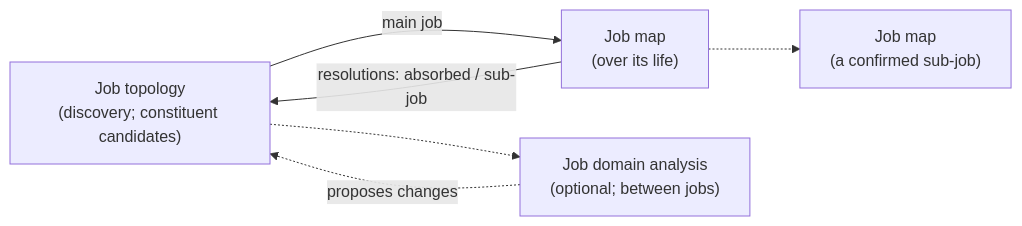
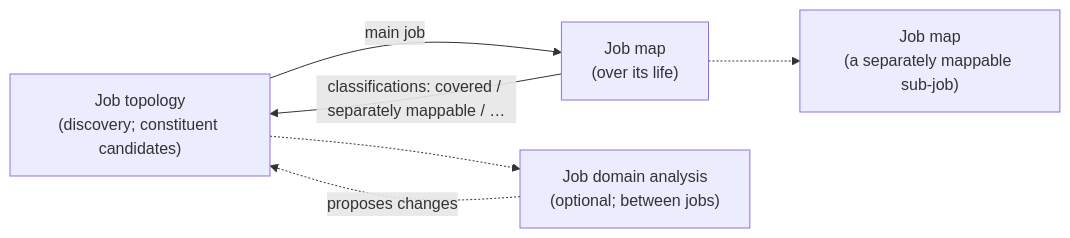
Before and after one commit to kheelco/kheel-skills: the first of 2 diagrams in plugins/kheel-analysis/skills/job-help/README.md, drawn with Mermaid. The commit also changed other lines of this file and 19 other files, not shown here.

````diff
--- a/plugins/kheel-analysis/skills/job-help/README.md
+++ b/plugins/kheel-analysis/skills/job-help/README.md
@@ -67,8 +73,8 @@
 ```mermaid
 flowchart LR
     T["Job topology<br/>(discovery; constituent candidates)"] -- "main job" --> M["Job map<br/>(over its life)"]
-    M -- "resolutions: absorbed / sub-job" --> T
-    M -.-> S["Job map<br/>(a confirmed sub-job)"]
+    M -- "classifications: covered / separately mappable / …" --> T
+    M -.-> S["Job map<br/>(a separately mappable sub-job)"]
     T -.-> D["Job domain analysis<br/>(optional; between jobs)"]
     D -. "proposes changes" .-> T
 ```
````
